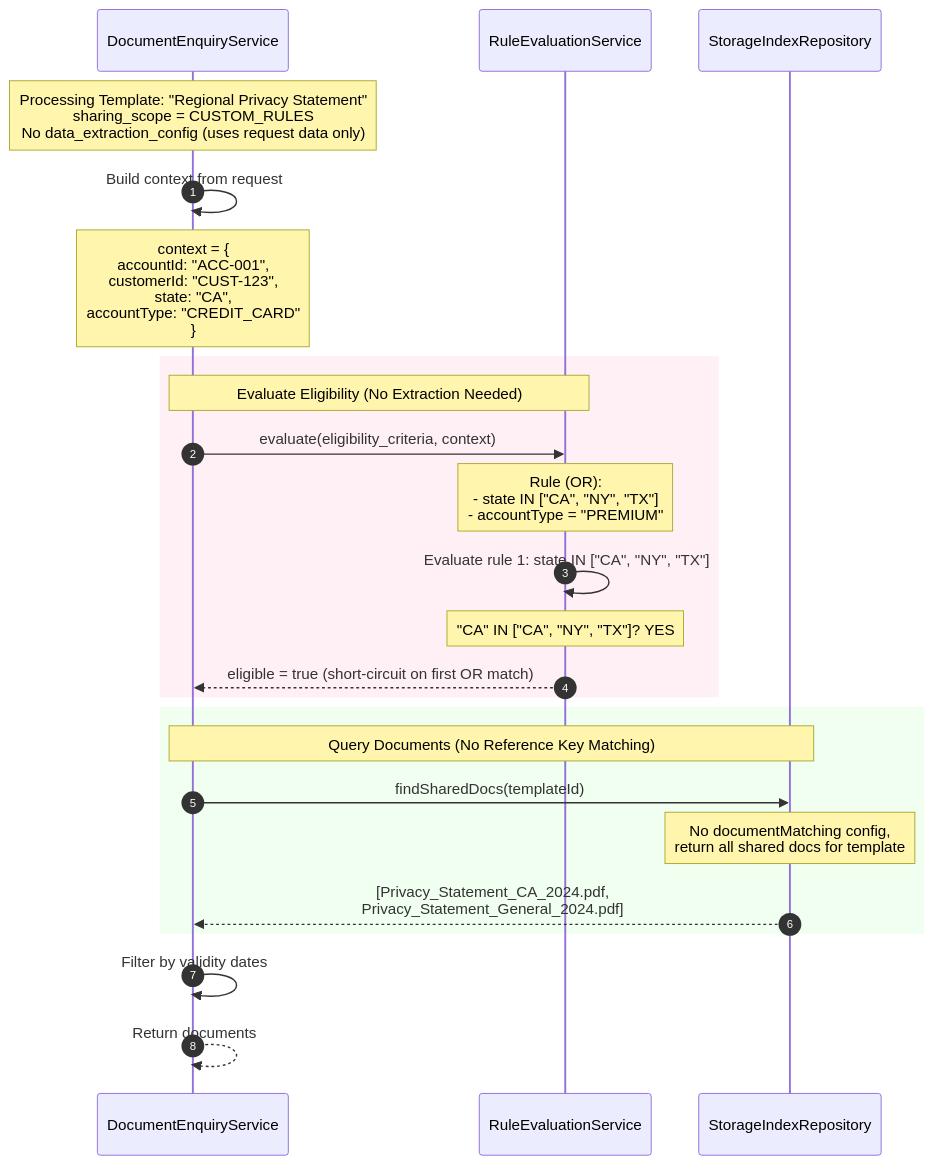
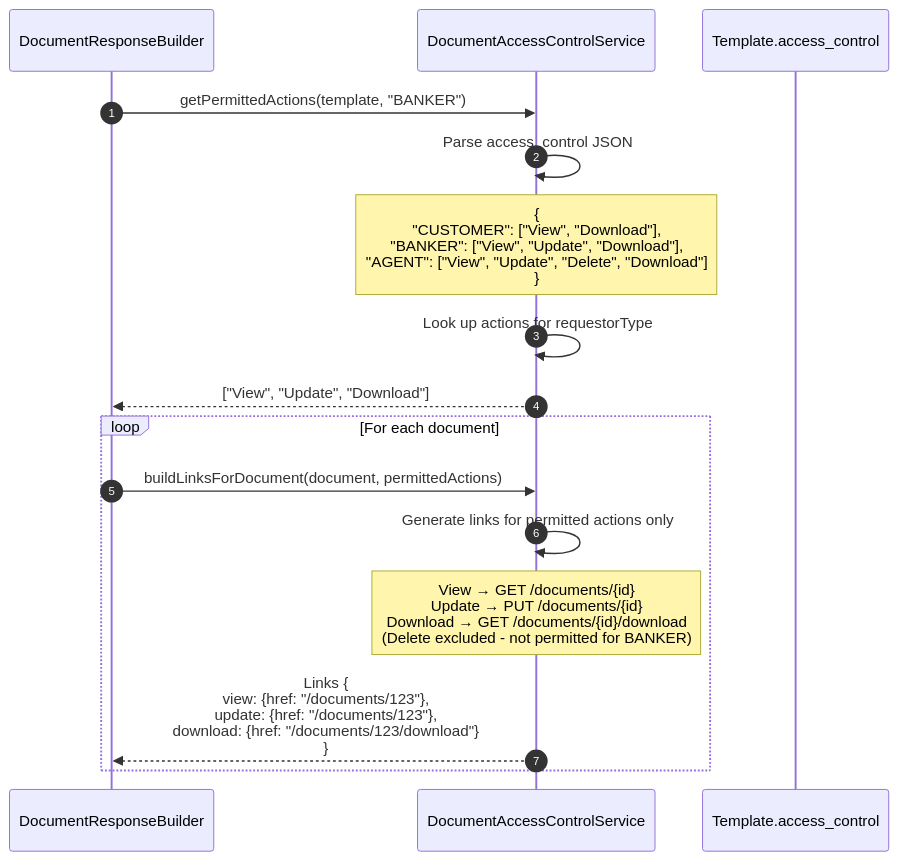
The sixth of 9 diagrams in fresh-doc-hub-poc/docs/architecture/document-enquiry-flow.md (ghmd86/document-hub), drawn with Mermaid before and after one commit. The commit also changed other lines of this file, not shown here.

First line of the commit message:
Update sequence diagrams to reflect refactored architecture

````diff
--- a/fresh-doc-hub-poc/docs/architecture/document-enquiry-flow.md
+++ b/fresh-doc-hub-poc/docs/architecture/document-enquiry-flow.md
@@ -441,36 +350,25 @@
 ```mermaid
 sequenceDiagram
     autonumber
-    participant Service as DocumentEnquiryService
-    participant RuleSvc as RuleEvaluationService
-    participant StorageRepo as StorageIndexRepository
+    participant ResponseBuilder as DocumentResponseBuilder
+    participant AccessCtrl as DocumentAccessControlService
+    participant Template as Template.access_control
 
-    Note over Service: Processing Template: "Regional Privacy Statement"<br/>sharing_scope = CUSTOM_RULES<br/>No data_extraction_config (uses request data only)
+    ResponseBuilder->>AccessCtrl: getPermittedActions(template, "BANKER")
 
-    Service->>Service: Build context from request
-    Note over Service: context = {<br/>  accountId: "ACC-001",<br/>  customerId: "CUST-123",<br/>  state: "CA",<br/>  accountType: "CREDIT_CARD"<br/>}
+    AccessCtrl->>AccessCtrl: Parse access_control JSON
+    Note over AccessCtrl: {<br/>  "CUSTOMER": ["View", "Download"],<br/>  "BANKER": ["View", "Update", "Download"],<br/>  "AGENT": ["View", "Update", "Delete", "Download"]<br/>}
 
-    rect rgb(255, 240, 245)
-        Note over Service,RuleSvc: Evaluate Eligibility (No Extraction Needed)
+    AccessCtrl->>AccessCtrl: Look up actions for requestorType
+    AccessCtrl-->>ResponseBuilder: ["View", "Update", "Download"]
 
-        Service->>RuleSvc: evaluate(eligibility_criteria, context)
-        Note over RuleSvc: Rule (OR):<br/>  - state IN ["CA", "NY", "TX"]<br/>  - accountType = "PREMIUM"
+    loop For each document
+        ResponseBuilder->>AccessCtrl: buildLinksForDocument(document, permittedActions)
 
-        RuleSvc->>RuleSvc: Evaluate rule 1: state IN ["CA", "NY", "TX"]
-        Note over RuleSvc: "CA" IN ["CA", "NY", "TX"]? YES
+        AccessCtrl->>AccessCtrl: Generate links for permitted actions only
 
-        RuleSvc-->>Service: eligible = true (short-circuit on first OR match)
+        Note over AccessCtrl: View → GET /documents/{id}<br/>Update → PUT /documents/{id}<br/>Download → GET /documents/{id}/download<br/>(Delete excluded - not permitted for BANKER)
+
+        AccessCtrl-->>ResponseBuilder: Links {<br/>  view: {href: "/documents/123"},<br/>  update: {href: "/documents/123"},<br/>  download: {href: "/documents/123/download"}<br/>}
     end
-
-    rect rgb(240, 255, 240)
-        Note over Service,StorageRepo: Query Documents (No Reference Key Matching)
-
-        Service->>StorageRepo: findSharedDocs(templateId)
-        Note over StorageRepo: No documentMatching config,<br/>return all shared docs for template
-
-        StorageRepo-->>Service: [Privacy_Statement_CA_2024.pdf,<br/>Privacy_Statement_General_2024.pdf]
-    end
-
-    Service->>Service: Filter by validity dates
-    Service-->>Service: Return documents
 ```
````
